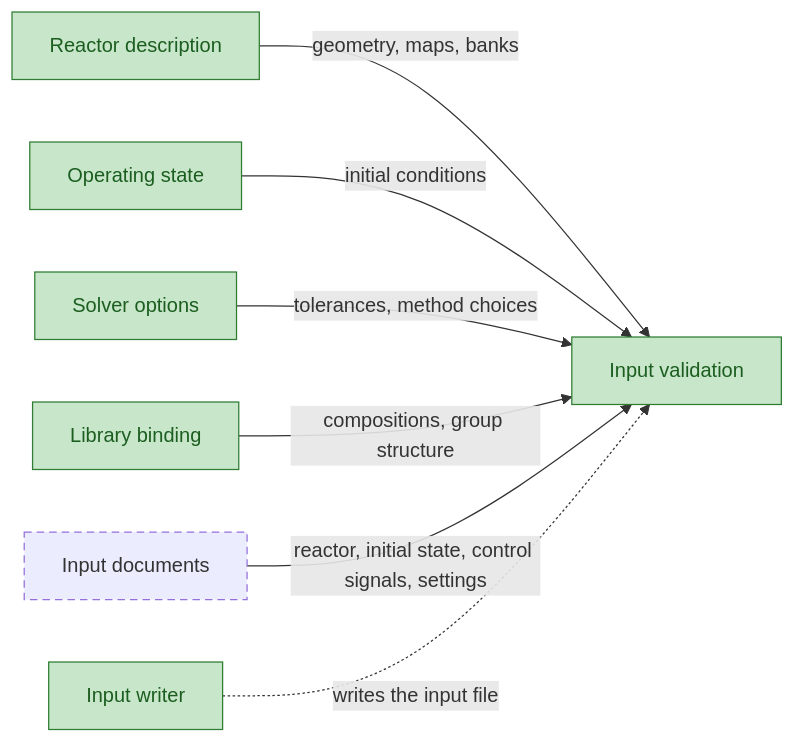
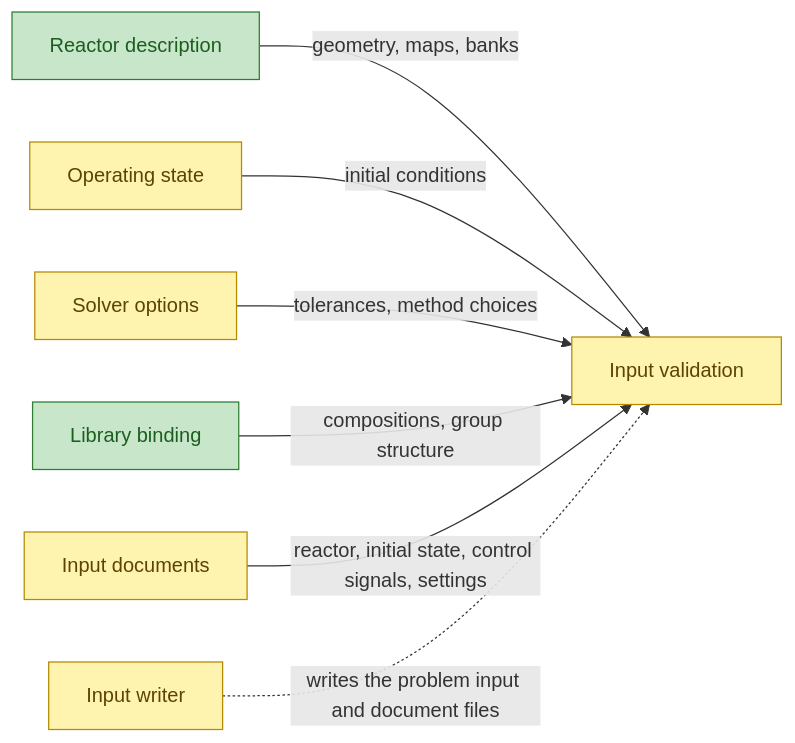
One commit to aurja130/URUS changed the second of 15 diagrams in Planning/DBC/CONCEPTS.md. Above: the diagram before and after it, drawn with Mermaid. The commit also changed other lines of this file and 5 other files, not shown here.

First line of the commit message:
Freeze 1.3a: problem input contract version 2

````diff
--- a/Planning/DBC/CONCEPTS.md
+++ b/Planning/DBC/CONCEPTS.md
@@ -58,15 +59,15 @@
 ```mermaid
 flowchart LR
 classDef implemented fill:#c8e6c9,stroke:#2e7d32,color:#1b5e20
 classDef partial fill:#fff3b0,stroke:#b58900,color:#5c4400
 classDef planned stroke-dasharray:6 4
 classDef external fill:#eeeeee,stroke:#9e9e9e,stroke-dasharray:1 3,color:#616161
 ReactorDescription["Reactor description"] -->|geometry, maps, banks| InputValidation["Input validation"]
 OperatingState["Operating state"] -->|initial conditions| InputValidation
 SolverOptions["Solver options"] -->|tolerances, method choices| InputValidation
 LibraryBinding["Library binding"] -->|compositions, group structure| InputValidation
 InputDocuments["Input documents"] -->|reactor, initial state, control signals, settings| InputValidation
-InputWriter["Input writer"] -.->|writes the input file| InputValidation
-class ReactorDescription,OperatingState,SolverOptions,LibraryBinding,InputValidation,InputWriter implemented
-class InputDocuments planned
+InputWriter["Input writer"] -.->|writes the problem input and document files| InputValidation
+class ReactorDescription,LibraryBinding implemented
+class OperatingState,SolverOptions,InputValidation,InputWriter,InputDocuments partial
 ```
````
